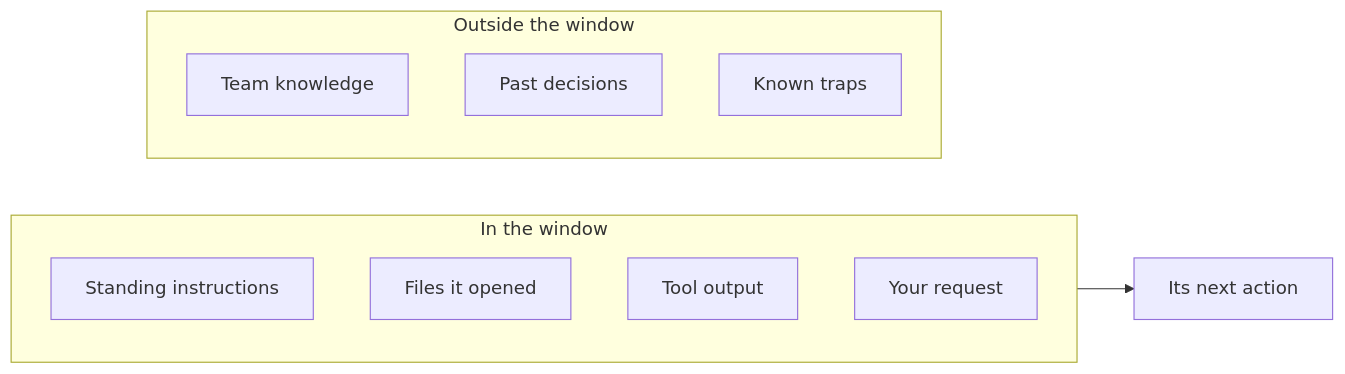
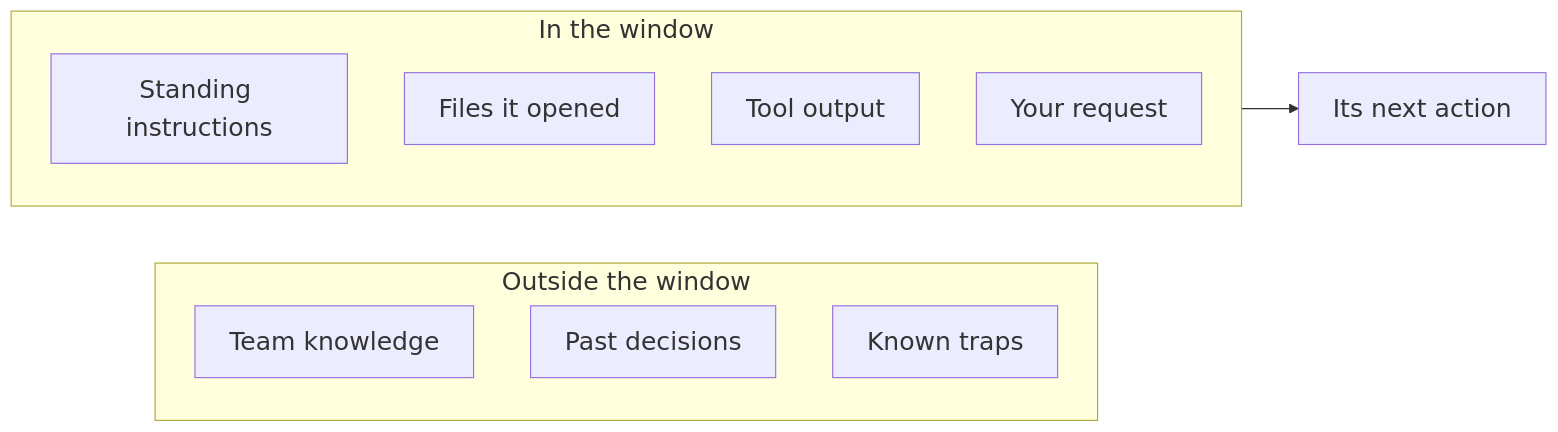
The first of 6 diagrams in engineering/decisions/2026-09-24-agentic-practice-audit/agentic-engineering-practices.md (Laticent/lattice), drawn with Mermaid before and after one commit. The commit also changed other lines of this file and 1 other file, not shown here.

````diff
--- a/engineering/decisions/2026-09-24-agentic-practice-audit/agentic-engineering-practices.md
+++ b/engineering/decisions/2026-09-24-agentic-practice-audit/agentic-engineering-practices.md
@@ -227,15 +228,18 @@
 ```mermaid
+%%{init: {'themeVariables': {'fontSize': '22px'}}}%%
 flowchart LR
+  subgraph OUT["Outside the window"]
+    direction TB
+    E["Team knowledge"]
+    F["Past decisions"]
+    G["Known traps"]
+  end
   subgraph IN["In the window"]
+    direction TB
     A["Standing instructions"]
     B["Files it opened"]
     C["Tool output"]
     D["Your request"]
   end
-  subgraph OUT["Outside the window"]
-    E["Team knowledge"]
-    F["Past decisions"]
-    G["Known traps"]
-  end
   IN --> H["Its next action"]
 ```
````
